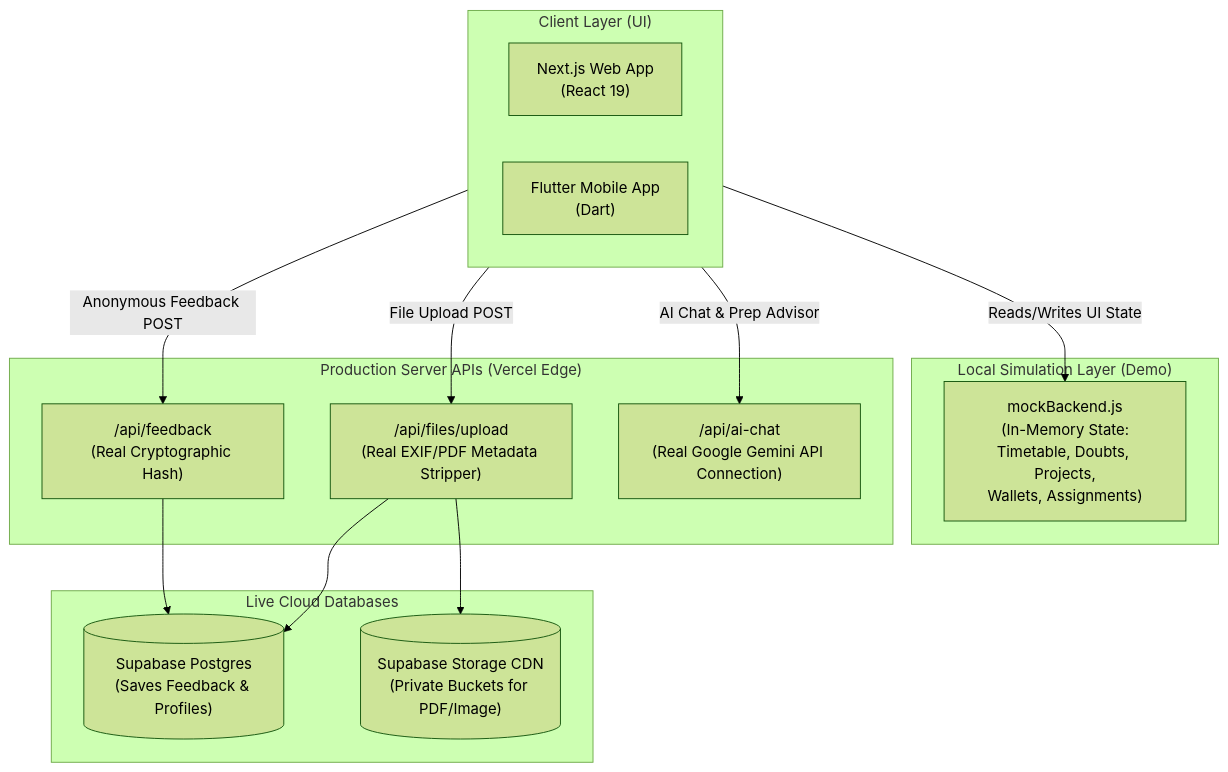
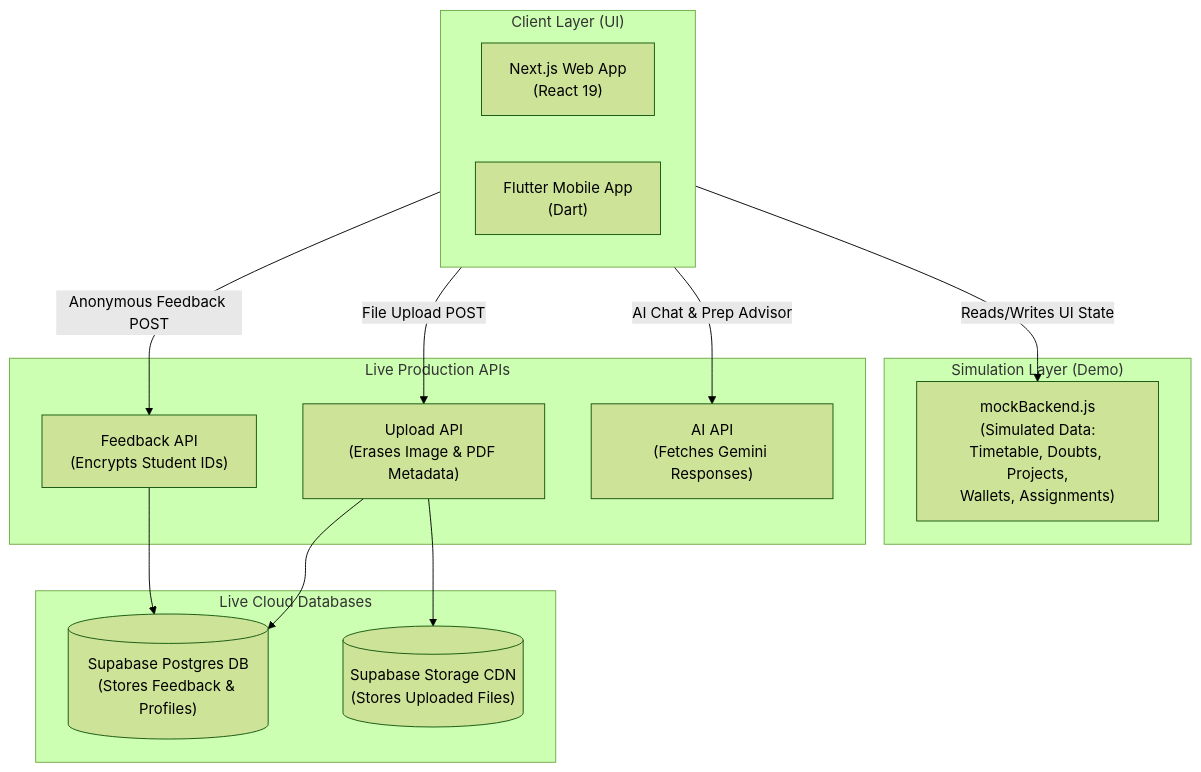
Before and after one commit to bharathkumar000/cp: the diagram in newarch.md, drawn with Mermaid (forest theme). The commit also changed other lines of this file, not shown here.

Commit message:
docs: simplify newarch.md language for exam/demo preparation

````diff
--- a/newarch.md
+++ b/newarch.md
@@ -9,33 +9,33 @@
 ```mermaid
 flowchart TD
     subgraph Clients ["Client Layer (UI)"]
         Web["Next.js Web App\n(React 19)"]
         Mobile["Flutter Mobile App\n(Dart)"]
     end
 
-    subgraph MockData ["Local Simulation Layer (Demo)"]
-        MockDB["mockBackend.js\n(In-Memory State:\nTimetable, Doubts, Projects,\nWallets, Assignments)"]
+    subgraph MockData ["Simulation Layer (Demo)"]
+        MockDB["mockBackend.js\n(Simulated Data:\nTimetable, Doubts, Projects,\nWallets, Assignments)"]
     end
 
-    subgraph LiveAPI ["Production Server APIs (Vercel Edge)"]
-        FeedbackAPI["/api/feedback\n(Real Cryptographic Hash)"]
-        UploadAPI["/api/files/upload\n(Real EXIF/PDF Metadata Stripper)"]
-        AIAPI["/api/ai-chat\n(Real Google Gemini API Connection)"]
+    subgraph LiveAPI ["Live Production APIs"]
+        FeedbackAPI["Feedback API\n(Encrypts Student IDs)"]
+        UploadAPI["Upload API\n(Erases Image & PDF Metadata)"]
+        AIAPI["AI API\n(Fetches Gemini Responses)"]
     end
 
     subgraph Cloud ["Live Cloud Databases"]
-        SupaDB[("Supabase Postgres\n(Saves Feedback & Profiles)")]
-        SupaStorage[("Supabase Storage CDN\n(Private Buckets for PDF/Image)")]
+        SupaDB[("Supabase Postgres DB\n(Stores Feedback & Profiles)")]
+        SupaStorage[("Supabase Storage CDN\n(Stores Uploaded Files)")]
     end
 
     %% Routing Flow
     Clients -->|Reads/Writes UI State| MockDB
     Clients -->|Anonymous Feedback POST| FeedbackAPI
     Clients -->|File Upload POST| UploadAPI
     Clients -->|AI Chat & Prep Advisor| AIAPI
 
     %% Cloud Storage Links
     FeedbackAPI --> SupaDB
     UploadAPI --> SupaStorage
     UploadAPI --> SupaDB
 ```
````
